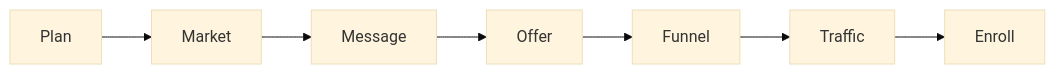
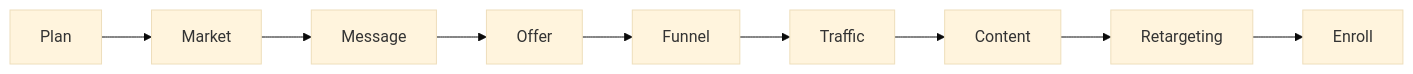
Before and after one commit to redrhino-online/red-canon: the first of 4 diagrams in internal/stations.md, drawn with Mermaid (base theme). The commit also changed other lines of this file and 6 other files, not shown here.

````diff
--- a/internal/stations.md
+++ b/internal/stations.md
@@ -9,5 +9,6 @@
 ```mermaid
 flowchart LR
-    A[Plan] --> B[Market] --> C[Message]
-    C --> D[Offer] --> E[Funnel] --> F[Traffic] --> G[Enroll]
+    A[Plan] --> B[Market] --> C[Message] --> D[Offer]
+    D --> E[Funnel] --> F[Traffic] --> G[Content]
+    G --> H[Retargeting] --> I[Enroll]
 ```
````
